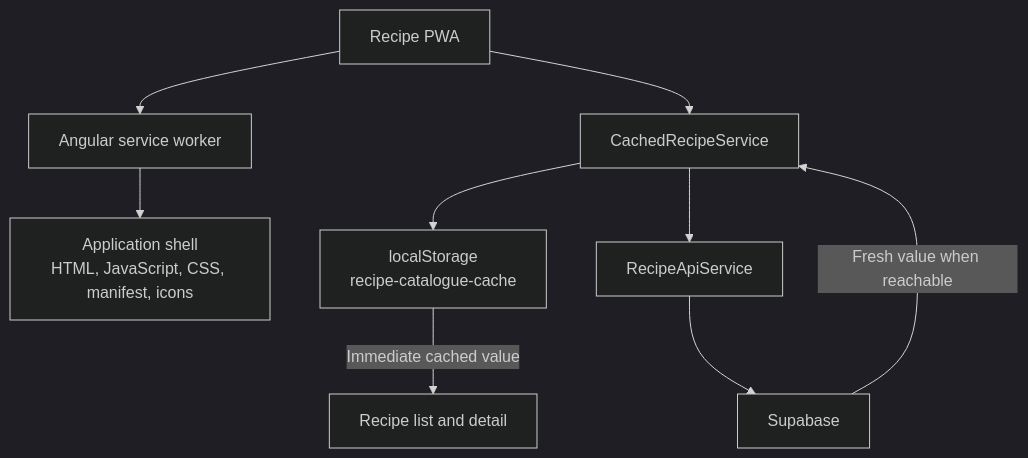
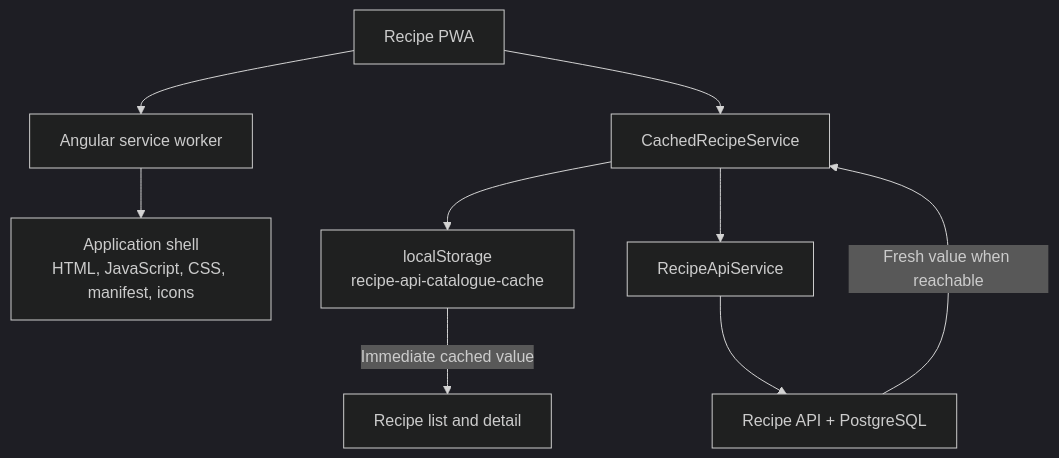
Before and after one commit to Gillesf31/gilles-monorepo: the diagram in apps/recipe/OFFLINE_MODE.md, drawn with Mermaid (dark theme). The commit also changed other lines of this file and 35 other files, not shown here.

````diff
--- a/apps/recipe/OFFLINE_MODE.md
+++ b/apps/recipe/OFFLINE_MODE.md
@@ -14,13 +14,13 @@
 ```mermaid
 flowchart TD
   Browser["Recipe PWA"] --> Worker["Angular service worker"]
   Browser --> CachedService["CachedRecipeService"]
 
   Worker --> Shell["Application shell<br/>HTML, JavaScript, CSS, manifest, icons"]
-  CachedService --> LocalStorage["localStorage<br/>recipe-catalogue-cache"]
+  CachedService --> LocalStorage["localStorage<br/>recipe-api-catalogue-cache"]
   CachedService --> ApiService["RecipeApiService"]
-  ApiService --> Supabase["Supabase"]
+  ApiService --> API["Recipe API + PostgreSQL"]
 
   LocalStorage -->|"Immediate cached value"| UI["Recipe list and detail"]
-  Supabase -->|"Fresh value when reachable"| CachedService
+  API -->|"Fresh value when reachable"| CachedService
 ```
````
